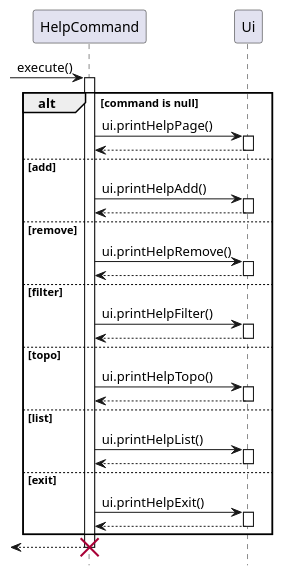
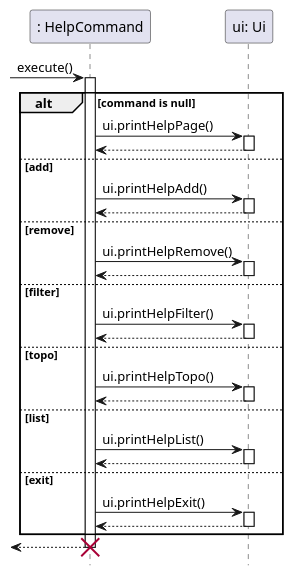
Before and after one commit to ong-ck/tp: the diagram in docs/sequence-diagrams/source-files/HelpFeature.puml, drawn with PlantUML. The commit also changed 16 other files, not shown here.

Commit message:
Update sequence diagrams to remove footbox

```diff
--- a/docs/sequence-diagrams/source-files/HelpFeature.puml
+++ b/docs/sequence-diagrams/source-files/HelpFeature.puml
@@ -1,40 +1,40 @@
 @startuml
 hide footbox
 
-participant HelpCommand as hc
-participant Ui as ui
+participant ": HelpCommand" as hc
+participant "ui: Ui" as ui
 
  -> hc : execute()
  activate hc
     alt command is null
     hc -> ui : ui.printHelpPage()
     activate ui
     return
     else add
     hc -> ui : ui.printHelpAdd()
     activate ui
     return
     else remove
     hc -> ui : ui.printHelpRemove()
     activate ui
     return
     else filter
     hc -> ui : ui.printHelpFilter()
     activate ui
     return
     else topo
     hc -> ui : ui.printHelpTopo()
     activate ui
     return
     else list
     hc -> ui : ui.printHelpList()
     activate ui
     return
     else exit
     hc -> ui : ui.printHelpExit()
     activate ui
     return
    end
 <-- hc
 destroy hc
 @enduml
```
